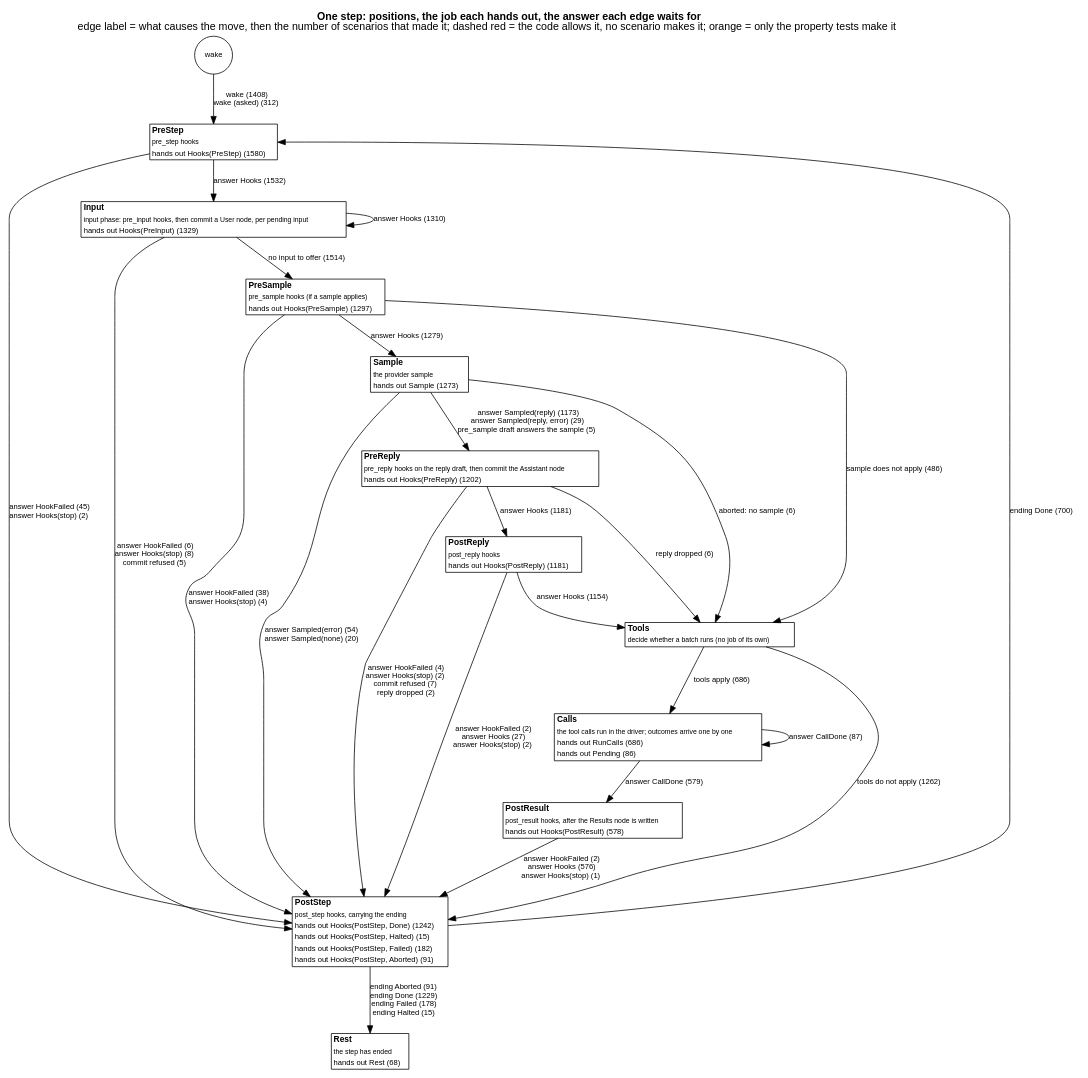
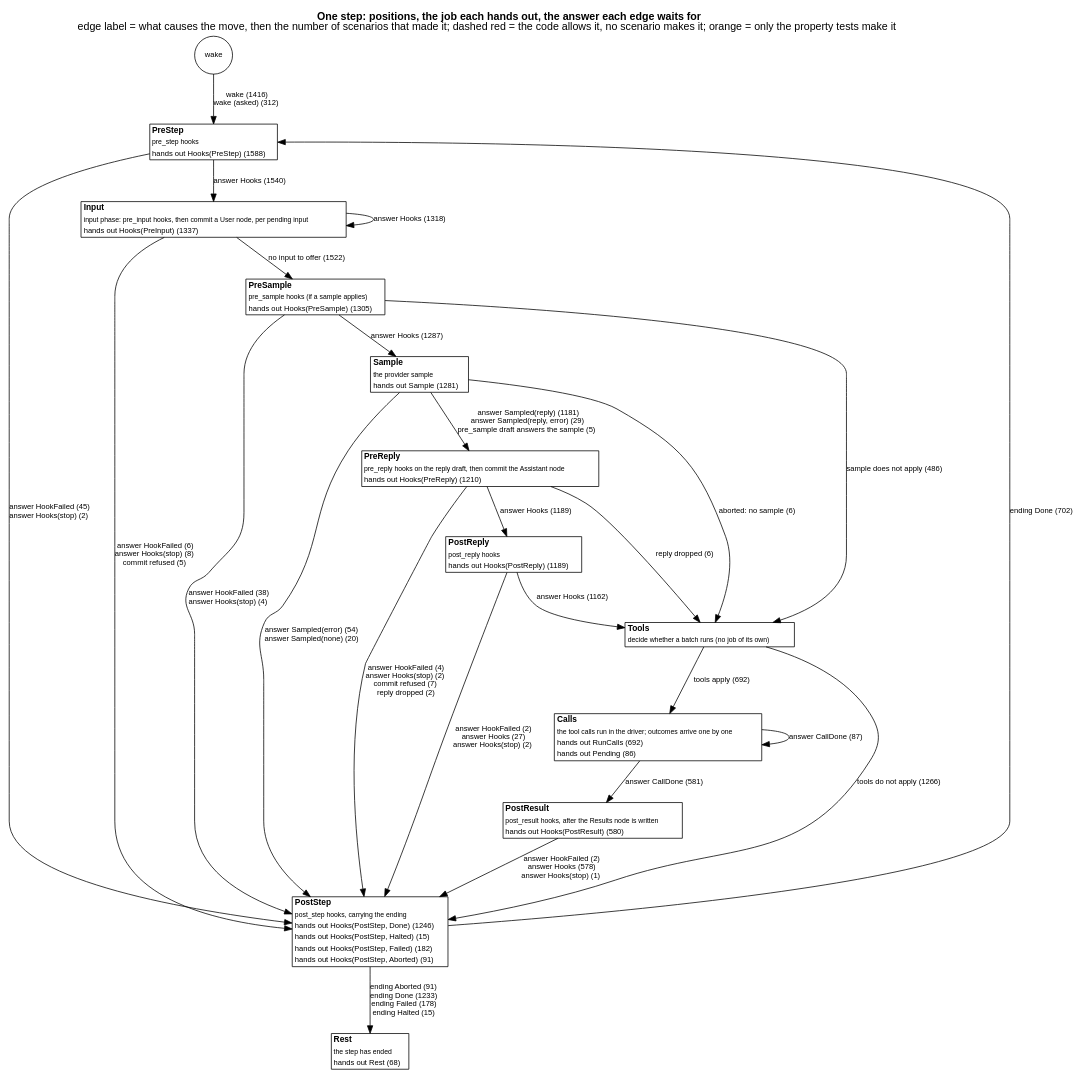
Before and after one commit to jmccardle/tau: the diagram in docs/as-built/diagrams/step-positions.dot, drawn with Graphviz. The commit also changed 12 other files, not shown here.

```diff
--- a/docs/as-built/diagrams/step-positions.dot
+++ b/docs/as-built/diagrams/step-positions.dot
@@ -1,42 +1,42 @@
 // Generated by scripts/diagrams.sh from the test suites' transitions. Do not edit.
 digraph step_positions {
   graph [rankdir=TB, fontname="Helvetica", nodesep=0.5, ranksep=0.6, labelloc=t, label=<<b>One step: positions, the job each hands out, the answer each edge waits for</b><br/>edge label = what causes the move, then the number of scenarios that made it; dashed red = the code allows it, no scenario makes it; orange = only the property tests make it>];
   node [shape=plain, fontname="Helvetica", fontsize=11];
   edge [fontname="Helvetica", fontsize=10];
   "(wake)" [shape=circle, label="wake", fontsize=10];
-  "PreStep" [label=<<table border="1" cellborder="0" cellspacing="0" bgcolor="white"><tr><td align="left"><b>PreStep</b></td></tr><tr><td align="left"><font point-size="9">pre_step hooks</font></td></tr><tr><td align="left"><font color="black" point-size="10">hands out Hooks(PreStep) (1580)</font></td></tr></table>>];
-  "Input" [label=<<table border="1" cellborder="0" cellspacing="0" bgcolor="white"><tr><td align="left"><b>Input</b></td></tr><tr><td align="left"><font point-size="9">input phase: pre_input hooks, then commit a User node, per pending input</font></td></tr><tr><td align="left"><font color="black" point-size="10">hands out Hooks(PreInput) (1329)</font></td></tr></table>>];
-  "PreSample" [label=<<table border="1" cellborder="0" cellspacing="0" bgcolor="white"><tr><td align="left"><b>PreSample</b></td></tr><tr><td align="left"><font point-size="9">pre_sample hooks (if a sample applies)</font></td></tr><tr><td align="left"><font color="black" point-size="10">hands out Hooks(PreSample) (1297)</font></td></tr></table>>];
-  "Sample" [label=<<table border="1" cellborder="0" cellspacing="0" bgcolor="white"><tr><td align="left"><b>Sample</b></td></tr><tr><td align="left"><font point-size="9">the provider sample</font></td></tr><tr><td align="left"><font color="black" point-size="10">hands out Sample (1273)</font></td></tr></table>>];
-  "PreReply" [label=<<table border="1" cellborder="0" cellspacing="0" bgcolor="white"><tr><td align="left"><b>PreReply</b></td></tr><tr><td align="left"><font point-size="9">pre_reply hooks on the reply draft, then commit the Assistant node</font></td></tr><tr><td align="left"><font color="black" point-size="10">hands out Hooks(PreReply) (1202)</font></td></tr></table>>];
-  "PostReply" [label=<<table border="1" cellborder="0" cellspacing="0" bgcolor="white"><tr><td align="left"><b>PostReply</b></td></tr><tr><td align="left"><font point-size="9">post_reply hooks</font></td></tr><tr><td align="left"><font color="black" point-size="10">hands out Hooks(PostReply) (1181)</font></td></tr></table>>];
+  "PreStep" [label=<<table border="1" cellborder="0" cellspacing="0" bgcolor="white"><tr><td align="left"><b>PreStep</b></td></tr><tr><td align="left"><font point-size="9">pre_step hooks</font></td></tr><tr><td align="left"><font color="black" point-size="10">hands out Hooks(PreStep) (1588)</font></td></tr></table>>];
+  "Input" [label=<<table border="1" cellborder="0" cellspacing="0" bgcolor="white"><tr><td align="left"><b>Input</b></td></tr><tr><td align="left"><font point-size="9">input phase: pre_input hooks, then commit a User node, per pending input</font></td></tr><tr><td align="left"><font color="black" point-size="10">hands out Hooks(PreInput) (1337)</font></td></tr></table>>];
+  "PreSample" [label=<<table border="1" cellborder="0" cellspacing="0" bgcolor="white"><tr><td align="left"><b>PreSample</b></td></tr><tr><td align="left"><font point-size="9">pre_sample hooks (if a sample applies)</font></td></tr><tr><td align="left"><font color="black" point-size="10">hands out Hooks(PreSample) (1305)</font></td></tr></table>>];
+  "Sample" [label=<<table border="1" cellborder="0" cellspacing="0" bgcolor="white"><tr><td align="left"><b>Sample</b></td></tr><tr><td align="left"><font point-size="9">the provider sample</font></td></tr><tr><td align="left"><font color="black" point-size="10">hands out Sample (1281)</font></td></tr></table>>];
+  "PreReply" [label=<<table border="1" cellborder="0" cellspacing="0" bgcolor="white"><tr><td align="left"><b>PreReply</b></td></tr><tr><td align="left"><font point-size="9">pre_reply hooks on the reply draft, then commit the Assistant node</font></td></tr><tr><td align="left"><font color="black" point-size="10">hands out Hooks(PreReply) (1210)</font></td></tr></table>>];
+  "PostReply" [label=<<table border="1" cellborder="0" cellspacing="0" bgcolor="white"><tr><td align="left"><b>PostReply</b></td></tr><tr><td align="left"><font point-size="9">post_reply hooks</font></td></tr><tr><td align="left"><font color="black" point-size="10">hands out Hooks(PostReply) (1189)</font></td></tr></table>>];
   "Tools" [label=<<table border="1" cellborder="0" cellspacing="0" bgcolor="white"><tr><td align="left"><b>Tools</b></td></tr><tr><td align="left"><font point-size="9">decide whether a batch runs (no job of its own)</font></td></tr></table>>];
-  "Calls" [label=<<table border="1" cellborder="0" cellspacing="0" bgcolor="white"><tr><td align="left"><b>Calls</b></td></tr><tr><td align="left"><font point-size="9">the tool calls run in the driver; outcomes arrive one by one</font></td></tr><tr><td align="left"><font color="black" point-size="10">hands out RunCalls (686)</font></td></tr><tr><td align="left"><font color="black" point-size="10">hands out Pending (86)</font></td></tr></table>>];
-  "PostResult" [label=<<table border="1" cellborder="0" cellspacing="0" bgcolor="white"><tr><td align="left"><b>PostResult</b></td></tr><tr><td align="left"><font point-size="9">post_result hooks, after the Results node is written</font></td></tr><tr><td align="left"><font color="black" point-size="10">hands out Hooks(PostResult) (578)</font></td></tr></table>>];
-  "PostStep" [label=<<table border="1" cellborder="0" cellspacing="0" bgcolor="white"><tr><td align="left"><b>PostStep</b></td></tr><tr><td align="left"><font point-size="9">post_step hooks, carrying the ending</font></td></tr><tr><td align="left"><font color="black" point-size="10">hands out Hooks(PostStep, Done) (1242)</font></td></tr><tr><td align="left"><font color="black" point-size="10">hands out Hooks(PostStep, Halted) (15)</font></td></tr><tr><td align="left"><font color="black" point-size="10">hands out Hooks(PostStep, Failed) (182)</font></td></tr><tr><td align="left"><font color="black" point-size="10">hands out Hooks(PostStep, Aborted) (91)</font></td></tr></table>>];
+  "Calls" [label=<<table border="1" cellborder="0" cellspacing="0" bgcolor="white"><tr><td align="left"><b>Calls</b></td></tr><tr><td align="left"><font point-size="9">the tool calls run in the driver; outcomes arrive one by one</font></td></tr><tr><td align="left"><font color="black" point-size="10">hands out RunCalls (692)</font></td></tr><tr><td align="left"><font color="black" point-size="10">hands out Pending (86)</font></td></tr></table>>];
+  "PostResult" [label=<<table border="1" cellborder="0" cellspacing="0" bgcolor="white"><tr><td align="left"><b>PostResult</b></td></tr><tr><td align="left"><font point-size="9">post_result hooks, after the Results node is written</font></td></tr><tr><td align="left"><font color="black" point-size="10">hands out Hooks(PostResult) (580)</font></td></tr></table>>];
+  "PostStep" [label=<<table border="1" cellborder="0" cellspacing="0" bgcolor="white"><tr><td align="left"><b>PostStep</b></td></tr><tr><td align="left"><font point-size="9">post_step hooks, carrying the ending</font></td></tr><tr><td align="left"><font color="black" point-size="10">hands out Hooks(PostStep, Done) (1246)</font></td></tr><tr><td align="left"><font color="black" point-size="10">hands out Hooks(PostStep, Halted) (15)</font></td></tr><tr><td align="left"><font color="black" point-size="10">hands out Hooks(PostStep, Failed) (182)</font></td></tr><tr><td align="left"><font color="black" point-size="10">hands out Hooks(PostStep, Aborted) (91)</font></td></tr></table>>];
   "Rest" [label=<<table border="1" cellborder="0" cellspacing="0" bgcolor="white"><tr><td align="left"><b>Rest</b></td></tr><tr><td align="left"><font point-size="9">the step has ended</font></td></tr><tr><td align="left"><font color="black" point-size="10">hands out Rest (68)</font></td></tr></table>>];
-  "(wake)" -> "PreStep" [label=<wake (1408)<br/>wake (asked) (312)>, color="black", style=solid];
+  "(wake)" -> "PreStep" [label=<wake (1416)<br/>wake (asked) (312)>, color="black", style=solid];
   "Calls" -> "Calls" [label=<answer CallDone (87)>, color="black", style=solid];
-  "Calls" -> "PostResult" [label=<answer CallDone (579)>, color="black", style=solid];
-  "Input" -> "Input" [label=<answer Hooks (1310)>, color="black", style=solid];
+  "Calls" -> "PostResult" [label=<answer CallDone (581)>, color="black", style=solid];
+  "Input" -> "Input" [label=<answer Hooks (1318)>, color="black", style=solid];
   "Input" -> "PostStep" [label=<answer HookFailed (6)<br/>answer Hooks(stop) (8)<br/>commit refused (5)>, color="black", style=solid];
-  "Input" -> "PreSample" [label=<no input to offer (1514)>, color="black", style=solid];
+  "Input" -> "PreSample" [label=<no input to offer (1522)>, color="black", style=solid];
   "PostReply" -> "PostStep" [label=<answer HookFailed (2)<br/>answer Hooks (27)<br/>answer Hooks(stop) (2)>, color="black", style=solid];
-  "PostReply" -> "Tools" [label=<answer Hooks (1154)>, color="black", style=solid];
-  "PostResult" -> "PostStep" [label=<answer HookFailed (2)<br/>answer Hooks (576)<br/>answer Hooks(stop) (1)>, color="black", style=solid];
-  "PostStep" -> "PreStep" [label=<ending Done (700)>, color="black", style=solid];
-  "PostStep" -> "Rest" [label=<ending Aborted (91)<br/>ending Done (1229)<br/>ending Failed (178)<br/>ending Halted (15)>, color="black", style=solid];
-  "PreReply" -> "PostReply" [label=<answer Hooks (1181)>, color="black", style=solid];
+  "PostReply" -> "Tools" [label=<answer Hooks (1162)>, color="black", style=solid];
+  "PostResult" -> "PostStep" [label=<answer HookFailed (2)<br/>answer Hooks (578)<br/>answer Hooks(stop) (1)>, color="black", style=solid];
+  "PostStep" -> "PreStep" [label=<ending Done (702)>, color="black", style=solid];
+  "PostStep" -> "Rest" [label=<ending Aborted (91)<br/>ending Done (1233)<br/>ending Failed (178)<br/>ending Halted (15)>, color="black", style=solid];
+  "PreReply" -> "PostReply" [label=<answer Hooks (1189)>, color="black", style=solid];
   "PreReply" -> "PostStep" [label=<answer HookFailed (4)<br/>answer Hooks(stop) (2)<br/>commit refused (7)<br/>reply dropped (2)>, color="black", style=solid];
   "PreReply" -> "Tools" [label=<reply dropped (6)>, color="black", style=solid];
   "PreSample" -> "PostStep" [label=<answer HookFailed (38)<br/>answer Hooks(stop) (4)>, color="black", style=solid];
-  "PreSample" -> "Sample" [label=<answer Hooks (1279)>, color="black", style=solid];
+  "PreSample" -> "Sample" [label=<answer Hooks (1287)>, color="black", style=solid];
   "PreSample" -> "Tools" [label=<sample does not apply (486)>, color="black", style=solid];
-  "PreStep" -> "Input" [label=<answer Hooks (1532)>, color="black", style=solid];
+  "PreStep" -> "Input" [label=<answer Hooks (1540)>, color="black", style=solid];
   "PreStep" -> "PostStep" [label=<answer HookFailed (45)<br/>answer Hooks(stop) (2)>, color="black", style=solid];
   "Sample" -> "PostStep" [label=<answer Sampled(error) (54)<br/>answer Sampled(none) (20)>, color="black", style=solid];
-  "Sample" -> "PreReply" [label=<answer Sampled(reply) (1173)<br/>answer Sampled(reply, error) (29)<br/>pre_sample draft answers the sample (5)>, color="black", style=solid];
+  "Sample" -> "PreReply" [label=<answer Sampled(reply) (1181)<br/>answer Sampled(reply, error) (29)<br/>pre_sample draft answers the sample (5)>, color="black", style=solid];
   "Sample" -> "Tools" [label=<aborted: no sample (6)>, color="black", style=solid];
-  "Tools" -> "Calls" [label=<tools apply (686)>, color="black", style=solid];
-  "Tools" -> "PostStep" [label=<tools do not apply (1262)>, color="black", style=solid];
+  "Tools" -> "Calls" [label=<tools apply (692)>, color="black", style=solid];
+  "Tools" -> "PostStep" [label=<tools do not apply (1266)>, color="black", style=solid];
 }
```
